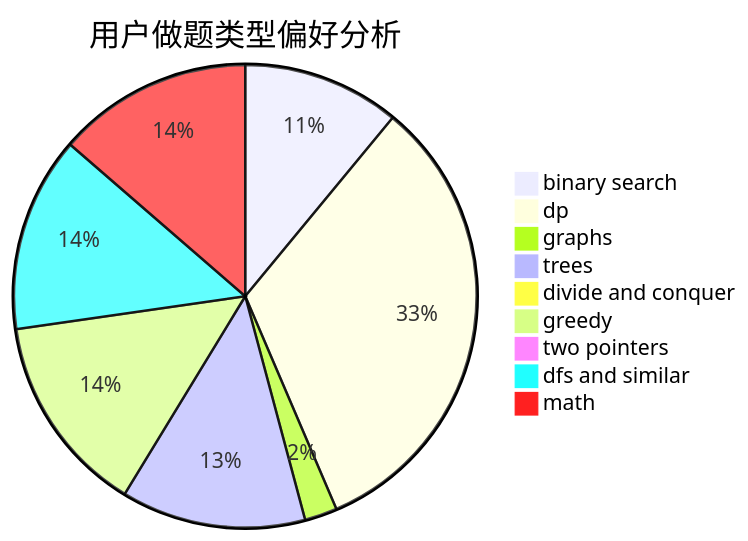
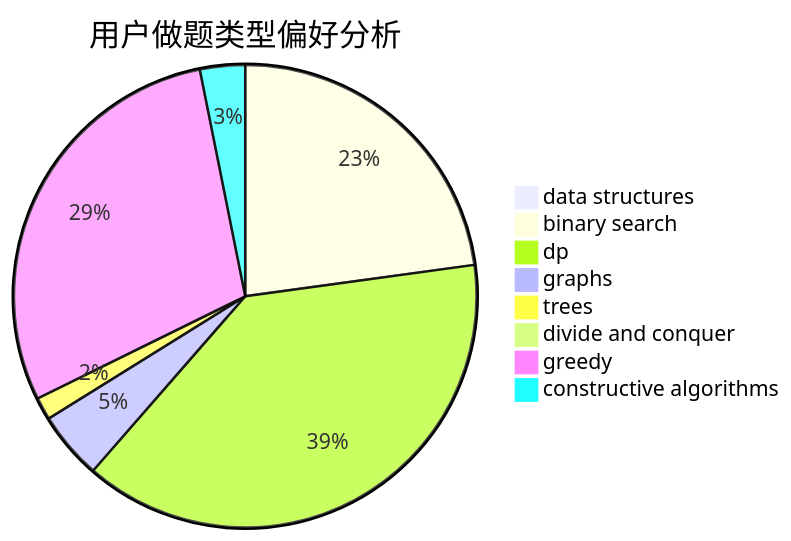
The second of 3 diagrams in docs/user/u358.md (sherpahu/cfrs.github.io), drawn with Mermaid before and after one commit. The commit also changed other lines of this file and 2775 other files, not shown here.

````diff
--- a/docs/user/u358.md
+++ b/docs/user/u358.md
@@ -23,12 +23,11 @@
 ```mermaid
 pie title 用户做题类型偏好分析
+    "data structures" :  0
     "binary search" :  29
-    "dp" :  86
+    "dp" :  49
     "graphs" :  6
-    "trees" :  34
+    "trees" :  2
     "divide and conquer" :  0
     "greedy" :  37
-    "two pointers" :  0
-    "dfs and similar" :  36
-    "math" :  36
+    "constructive algorithms" :  4
 ```
````
